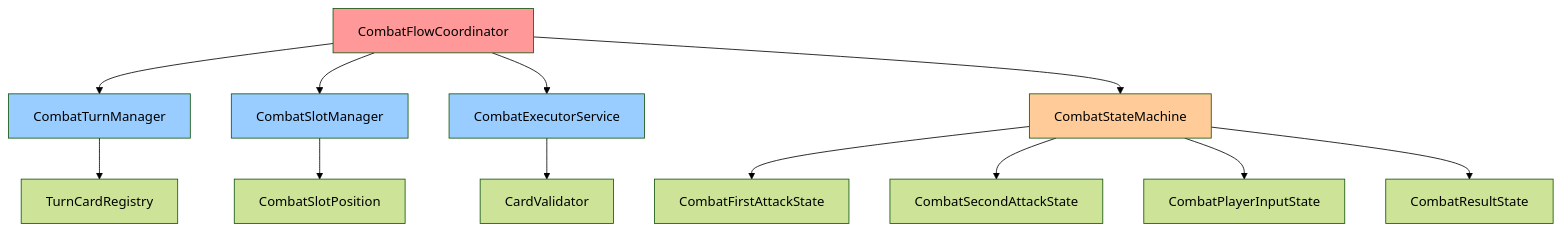
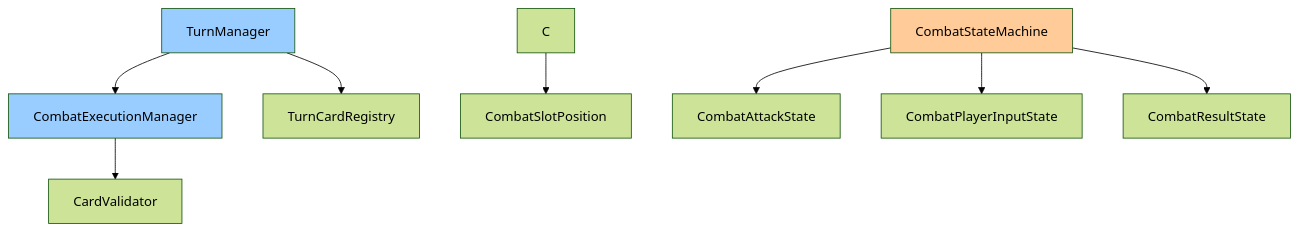
Before and after one commit to rogue-school/RougeShool: the first of 3 diagrams in Assets/Script/CombatSystem/CombatSystem_개발문서.md, drawn with Mermaid (forest theme). The commit also changed other lines of this file and 23 other files, not shown here.

````diff
--- a/Assets/Script/CombatSystem/CombatSystem_개발문서.md
+++ b/Assets/Script/CombatSystem/CombatSystem_개발문서.md
@@ -528,23 +499,16 @@
 ```mermaid
 graph TD
-    A[CombatFlowCoordinator] --> B[CombatTurnManager]
-    A --> C[CombatSlotManager]
-    A --> D[CombatExecutorService]
+    B[TurnManager] --> D[CombatExecutionManager]
     
     B --> E[TurnCardRegistry]
     C --> F[CombatSlotPosition]
     D --> G[CardValidator]
     
-    H[CombatStateMachine] --> I[CombatFirstAttackState]
-    H --> J[CombatSecondAttackState]
+    H[CombatStateMachine] --> I[CombatAttackState]
     H --> K[CombatPlayerInputState]
     H --> L[CombatResultState]
     
-    A --> H
-    
-    style A fill:#ff9999
     style H fill:#ffcc99
     style B fill:#99ccff
-    style C fill:#99ccff
     style D fill:#99ccff
 ```
````
